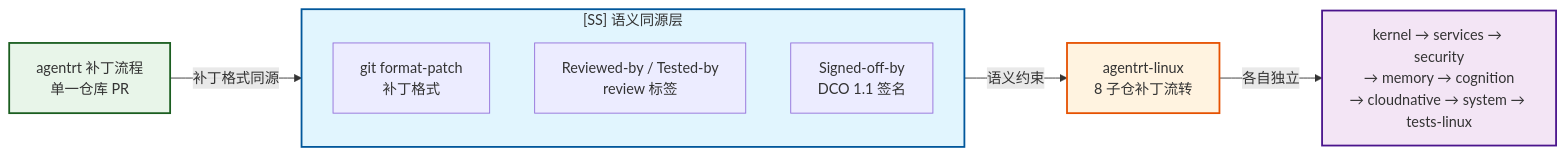
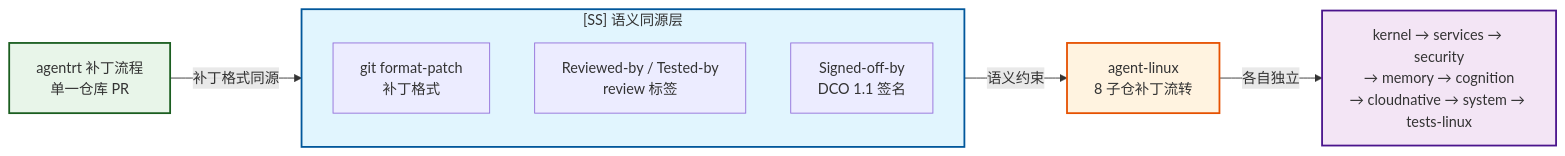
The fifth of 6 diagrams in 120-development-process/01-patch-lifecycle.md (openairymax/docs-linux), drawn with Mermaid before and after one commit. The commit also changed other lines of this file and 172 other files, not shown here.

Commit message:
docs: rename agentrt-linux to agent-linux across docs v0.1.3 双工程结构：agentrt-linux 改名 agent-linux。docs 全仓 186 个 文件中的 agentrt-linux 引用统一为 agent-linux（AirymaxOS 工程名/ URL/路径引用；commit hash 与历史不变）。

````diff
--- a/120-development-process/01-patch-lifecycle.md
+++ b/120-development-process/01-patch-lifecycle.md
@@ -580,15 +580,15 @@
 ```mermaid
 graph LR
     A["agentrt 补丁流程<br/>单一仓库 PR"] -->|"补丁格式同源"| SS
     subgraph SS ["[SS] 语义同源层"]
         T1["git format-patch<br/>补丁格式"]
         T2["Reviewed-by / Tested-by<br/>review 标签"]
         T3["Signed-off-by<br/>DCO 1.1 签名"]
     end
-    SS -->|"语义约束"| D["agentrt-linux<br/>8 子仓补丁流转"]
+    SS -->|"语义约束"| D["agent-linux<br/>8 子仓补丁流转"]
     D -->|"各自独立"| E["kernel → services → security<br/>→ memory → cognition<br/>→ cloudnative → system → tests-linux"]
     style SS fill:#e1f5fe,stroke:#01579b,stroke-width:2px
     style A fill:#e8f5e9,stroke:#1b5e20,stroke-width:2px
     style D fill:#fff3e0,stroke:#e65100,stroke-width:2px
     style E fill:#f3e5f5,stroke:#4a148c,stroke-width:2px
 ```
````
